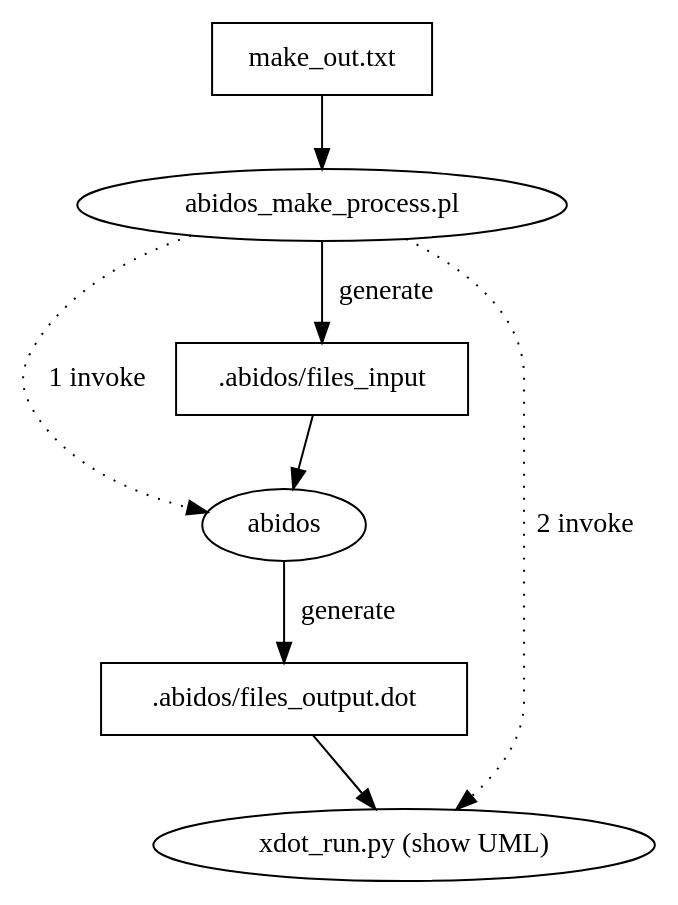
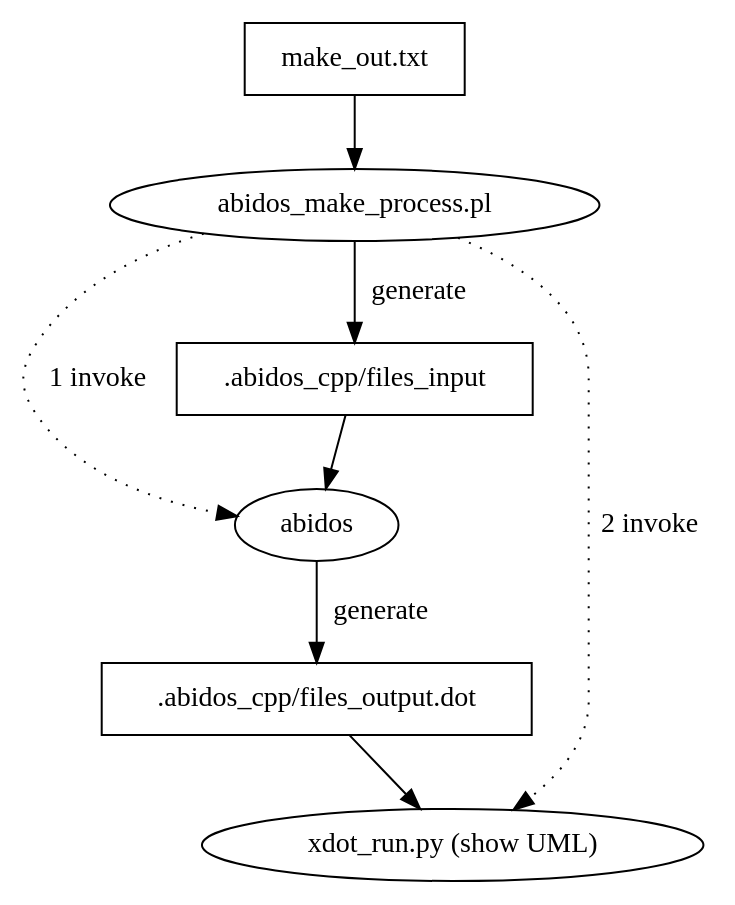
Before and after one commit to fructu/abidos_cpp_doc: the diagram in user_manual/chapter_abidos_parsing/abidos_flow_diagram_01.dot, drawn with Graphviz. The commit also changed 25 other files, not shown here.

Commit message:
changed abidos -> abidos_cpp

```diff
--- a/user_manual/chapter_abidos_parsing/abidos_flow_diagram_01.dot
+++ b/user_manual/chapter_abidos_parsing/abidos_flow_diagram_01.dot
@@ -1,19 +1,19 @@
 digraph abidos_flow_diagram_01 {
   "make_out.txt" [shape = box];
   "abidos_make_process.pl" [];
   "abidos" [];
   "xdot_run.py (show UML)" [];
 
-  ".abidos/files_input" [shape = box];
-  ".abidos/files_output.dot" [shape = box];
+  ".abidos_cpp/files_input" [shape = box];
+  ".abidos_cpp/files_output.dot" [shape = box];
 
   "make_out.txt" -> "abidos_make_process.pl";
-  "abidos_make_process.pl" -> ".abidos/files_input" [label = "generate"];
+  "abidos_make_process.pl" -> ".abidos_cpp/files_input" [label = "generate"];
   "abidos_make_process.pl" -> "abidos" [label = "1 invoke", style=dotted];
-  ".abidos/files_input" -> "abidos";
-  "abidos" -> ".abidos/files_output.dot" [label = "generate"];
+  ".abidos_cpp/files_input" -> "abidos";
+  "abidos" -> ".abidos_cpp/files_output.dot" [label = "generate"];
 
   "abidos_make_process.pl"   -> "xdot_run.py (show UML)"
     [ label = "2 invoke", style=dotted];
-  ".abidos/files_output.dot" -> "xdot_run.py (show UML)";
+  ".abidos_cpp/files_output.dot" -> "xdot_run.py (show UML)";
 }
```
